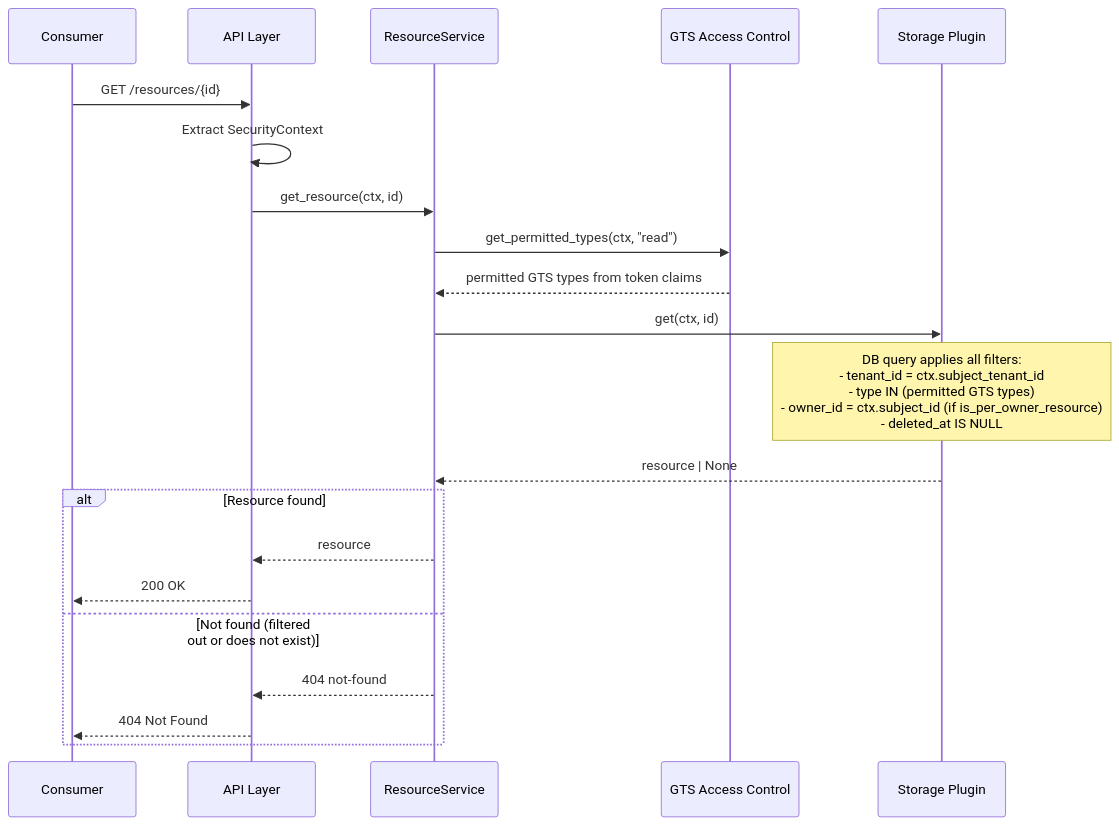
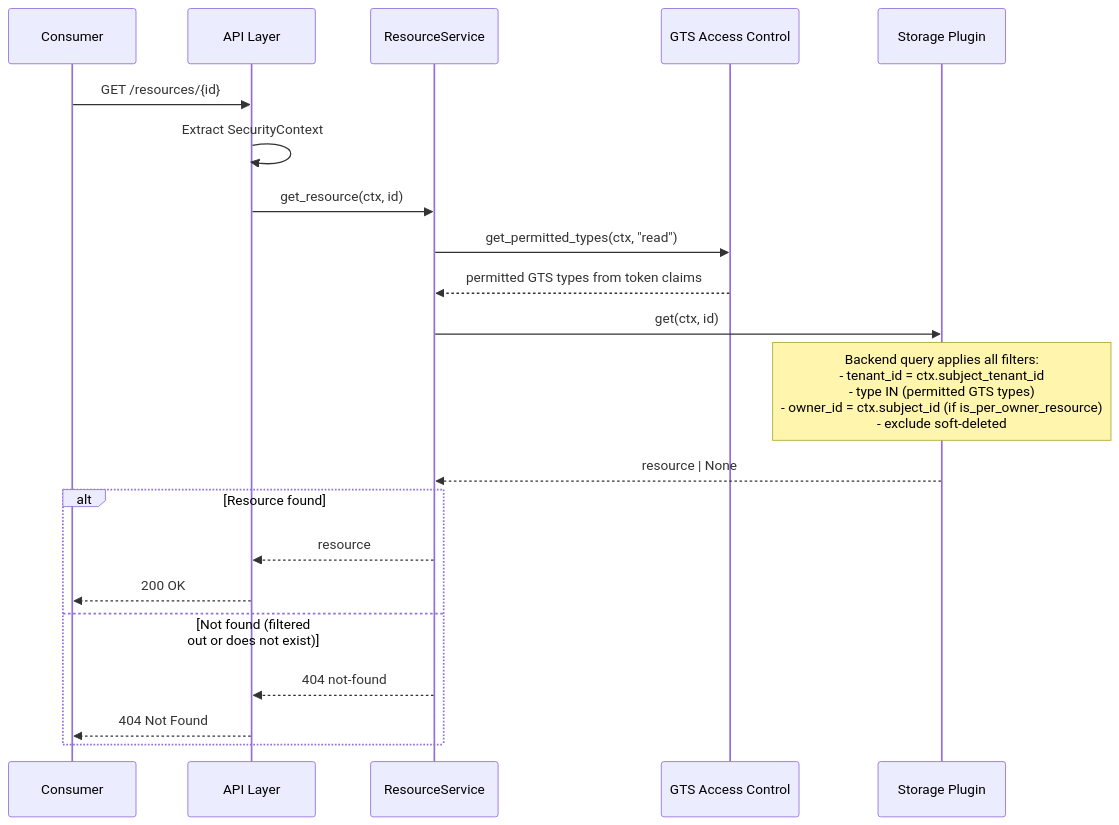
Before and after one commit to Artifizer/cyberfabric-core: the third of 8 diagrams in modules/simple-resource-registry/docs/DESIGN.md, drawn with Mermaid. The commit also changed other lines of this file and 5 other files, not shown here.

````diff
--- a/modules/simple-resource-registry/docs/DESIGN.md
+++ b/modules/simple-resource-registry/docs/DESIGN.md
@@ -974,24 +975,24 @@
 ```mermaid
 sequenceDiagram
     participant C as Consumer
     participant API as API Layer
     participant SVC as ResourceService
     participant ACL as GTS Access Control
     participant SP as Storage Plugin
 
     C->>API: GET /resources/{id}
     API->>API: Extract SecurityContext
     API->>SVC: get_resource(ctx, id)
     SVC->>ACL: get_permitted_types(ctx, "read")
     ACL-->>SVC: permitted GTS types from token claims
     SVC->>SP: get(ctx, id)
-    Note over SP: DB query applies all filters:<br/>- tenant_id = ctx.subject_tenant_id<br/>- type IN (permitted GTS types)<br/>- owner_id = ctx.subject_id (if is_per_owner_resource)<br/>- deleted_at IS NULL
+    Note over SP: Backend query applies all filters:<br/>- tenant_id = ctx.subject_tenant_id<br/>- type IN (permitted GTS types)<br/>- owner_id = ctx.subject_id (if is_per_owner_resource)<br/>- exclude soft-deleted
     SP-->>SVC: resource | None
     alt Resource found
         SVC-->>API: resource
         API-->>C: 200 OK
     else Not found (filtered out or does not exist)
         SVC-->>API: 404 not-found
         API-->>C: 404 Not Found
     end
 ```
````
